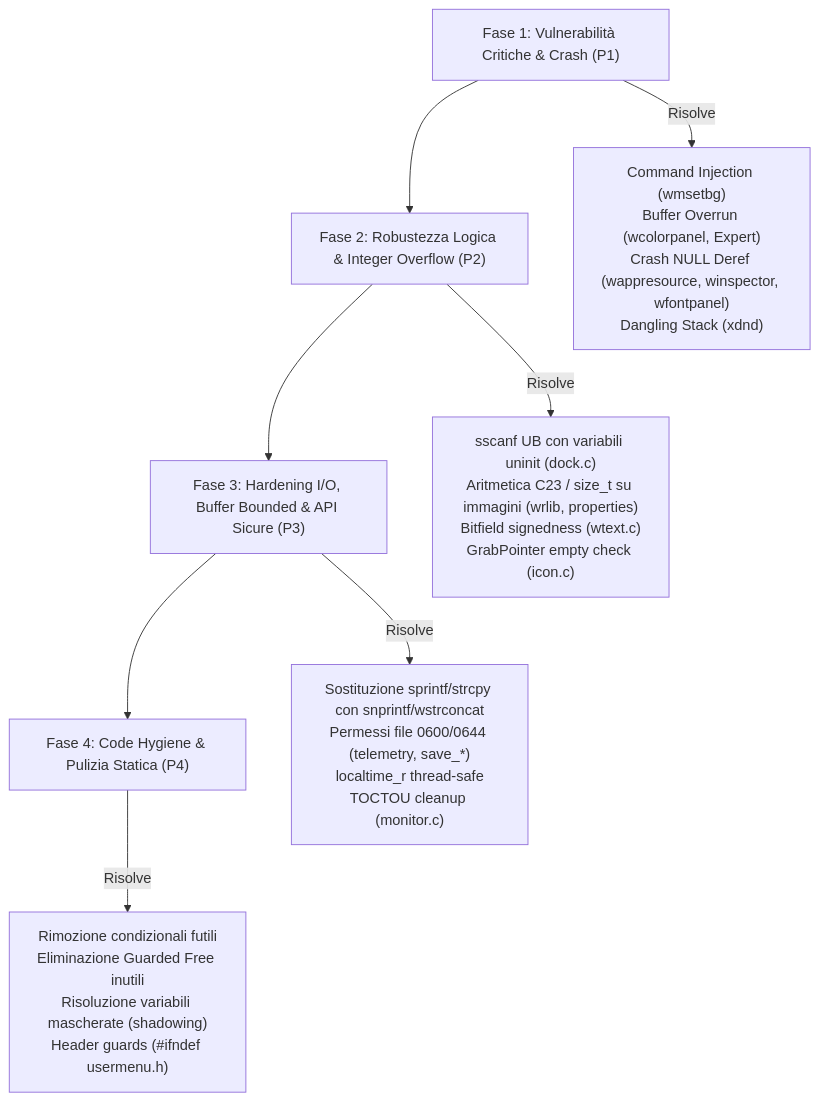
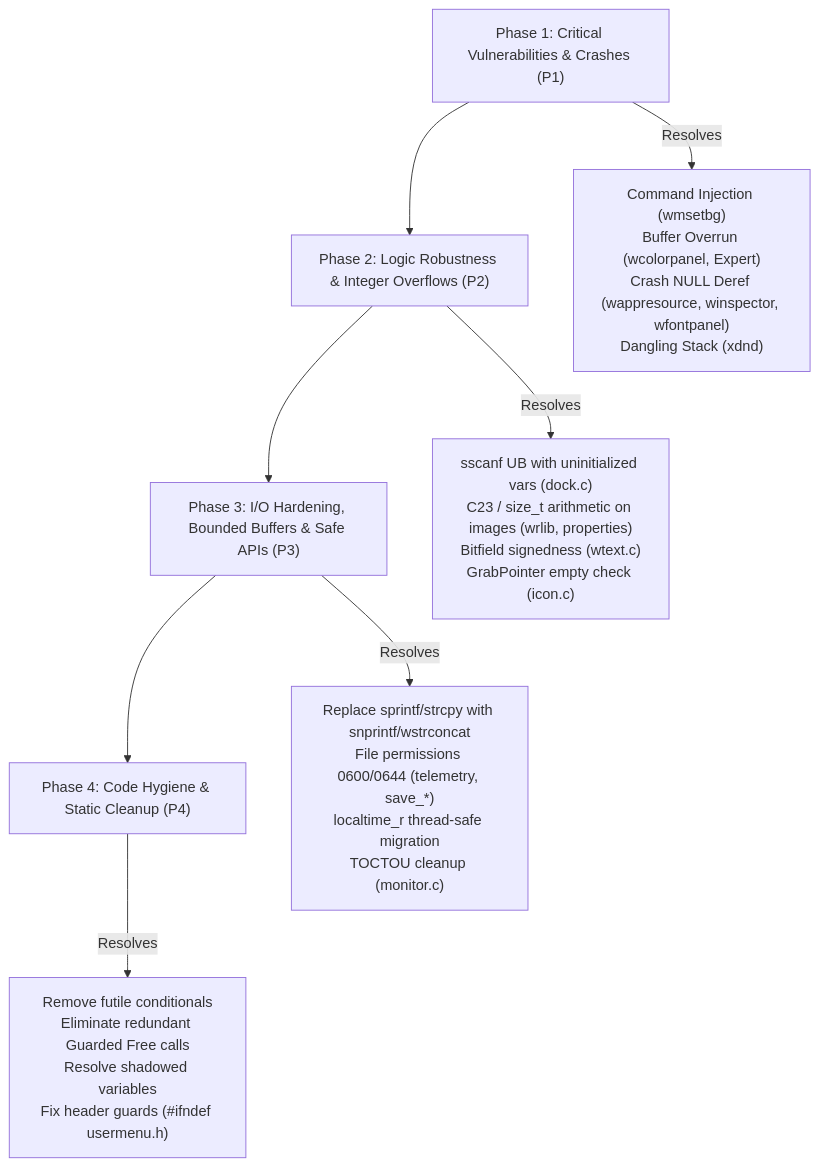
One commit to Gelma/wmaker changed the diagram in QLCodeAnalysis/QLCODEReport.md. Above: the diagram before and after it, drawn with Mermaid. The commit also changed other lines of this file and 1 other file, not shown here.

````diff
--- a/QLCodeAnalysis/QLCODEReport.md
+++ b/QLCodeAnalysis/QLCODEReport.md
@@ -50,11 +50,11 @@
 ```mermaid
 flowchart TD
-    A["Fase 1: Vulnerabilità Critiche & Crash (P1)"] --> B["Fase 2: Robustezza Logica & Integer Overflow (P2)"]
-    B --> C["Fase 3: Hardening I/O, Buffer Bounded & API Sicure (P3)"]
-    C --> D["Fase 4: Code Hygiene & Pulizia Statica (P4)"]
+    A["Phase 1: Critical Vulnerabilities & Crashes (P1)"] --> B["Phase 2: Logic Robustness & Integer Overflows (P2)"]
+    B --> C["Phase 3: I/O Hardening, Bounded Buffers & Safe APIs (P3)"]
+    C --> D["Phase 4: Code Hygiene & Static Cleanup (P4)"]
 
-    A -->|Risolve| A1["Command Injection (wmsetbg)<br>Buffer Overrun (wcolorpanel, Expert)<br>Crash NULL Deref (wappresource, winspector, wfontpanel)<br>Dangling Stack (xdnd)"]
-    B -->|Risolve| B1["sscanf UB con variabili uninit (dock.c)<br>Aritmetica C23 / size_t su immagini (wrlib, properties)<br>Bitfield signedness (wtext.c)<br>GrabPointer empty check (icon.c)"]
-    C -->|Risolve| C1["Sostituzione sprintf/strcpy con snprintf/wstrconcat<br>Permessi file 0600/0644 (telemetry, save_*)<br>localtime_r thread-safe<br>TOCTOU cleanup (monitor.c)"]
-    D -->|Risolve| D1["Rimozione condizionali futili<br>Eliminazione Guarded Free inutili<br>Risoluzione variabili mascherate (shadowing)<br>Header guards (#ifndef usermenu.h)"]
+    A -->|Resolves| A1["Command Injection (wmsetbg)<br>Buffer Overrun (wcolorpanel, Expert)<br>Crash NULL Deref (wappresource, winspector, wfontpanel)<br>Dangling Stack (xdnd)"]
+    B -->|Resolves| B1["sscanf UB with uninitialized vars (dock.c)<br>C23 / size_t arithmetic on images (wrlib, properties)<br>Bitfield signedness (wtext.c)<br>GrabPointer empty check (icon.c)"]
+    C -->|Resolves| C1["Replace sprintf/strcpy with snprintf/wstrconcat<br>File permissions 0600/0644 (telemetry, save_*)<br>localtime_r thread-safe migration<br>TOCTOU cleanup (monitor.c)"]
+    D -->|Resolves| D1["Remove futile conditionals<br>Eliminate redundant Guarded Free calls<br>Resolve shadowed variables<br>Fix header guards (#ifndef usermenu.h)"]
 ```
````
